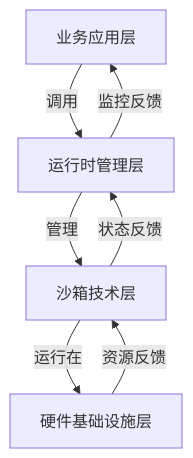
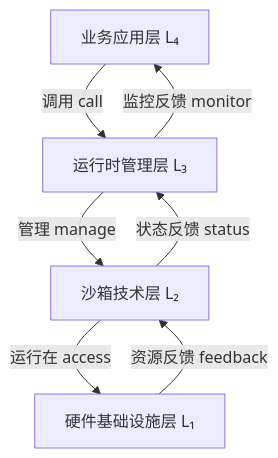
The diagram in docs/COGNITIVE/15-application-perspective/01-technical-layers/technical-layers.md (AdaMartin18010/wasmedge_k3s), drawn with Mermaid before and after one commit. The commit also changed other lines of this file and 13 other files, not shown here.

````diff
--- a/docs/COGNITIVE/15-application-perspective/01-technical-layers/technical-layers.md
+++ b/docs/COGNITIVE/15-application-perspective/01-technical-layers/technical-layers.md
@@ -172,10 +441,10 @@
 ```mermaid
 graph TD
-    A[业务应用层] -->|调用| B[运行时管理层]
-    B -->|管理| C[沙箱技术层]
-    C -->|运行在| D[硬件基础设施层]
+    A[业务应用层 L₄] -->|调用 call| B[运行时管理层 L₃]
+    B -->|管理 manage| C[沙箱技术层 L₂]
+    C -->|运行在 access| D[硬件基础设施层 L₁]
 
-    D -->|资源反馈| C
-    C -->|状态反馈| B
-    B -->|监控反馈| A
+    D -->|资源反馈 feedback| C
+    C -->|状态反馈 status| B
+    B -->|监控反馈 monitor| A
 ```
````
